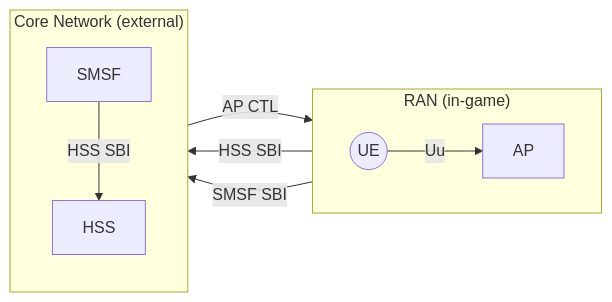
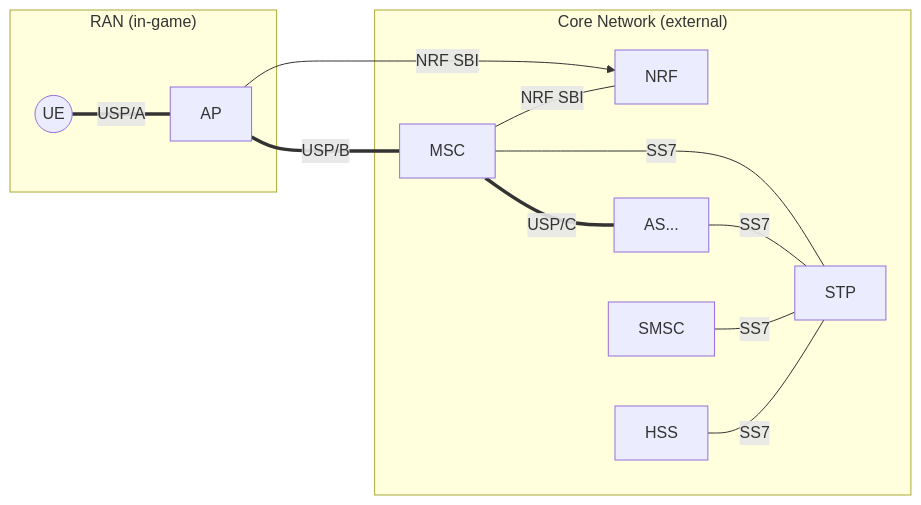
The diagram in docs/architecture.md (samuelh2005/cc-telecom), drawn with Mermaid before and after one commit. The commit also changed other lines of this file and 1 other file, not shown here.

Commit message:
docs: enhance architecture with refined protocol definitions

````diff
--- a/docs/architecture.md
+++ b/docs/architecture.md
@@ -7,23 +17,28 @@
 ```mermaid
 flowchart LR
     subgraph "RAN (in-game)"
-        direction LR
         UE((UE))
         AP[AP]
 
-        UE --> |"Uu"| AP
+        UE === |"USP/A"| AP
     end
 
     subgraph "Core Network (external)"
-        direction TB
+        NRF[NRF]
+        MSC[MSC]
+        STP[STP]
         HSS[HSS]
-        SMSF[SMSF]
+        SMSC[SMSC]
+        AS[AS...]
+
+        MSC --- |"NRF SBI"| NRF
+        MSC === |"USP/C"| AS
+        HSS --- |"SS7"| STP
+        SMSC --- |"SS7"| STP
+        AS --- |"SS7"| STP
+        MSC --- |"SS7"| STP
     end
-
-    AP --> |"HSS SBI"| HSS
-    AP --> |"SMSF SBI"| SMSF
     
-
-    SMSF --> |"HSS SBI"| HSS
-    SMSF --> |"AP CTL"| AP
+    AP === |"USP/B"| MSC
+    AP --> |"NRF SBI"| NRF    
 ```
````
